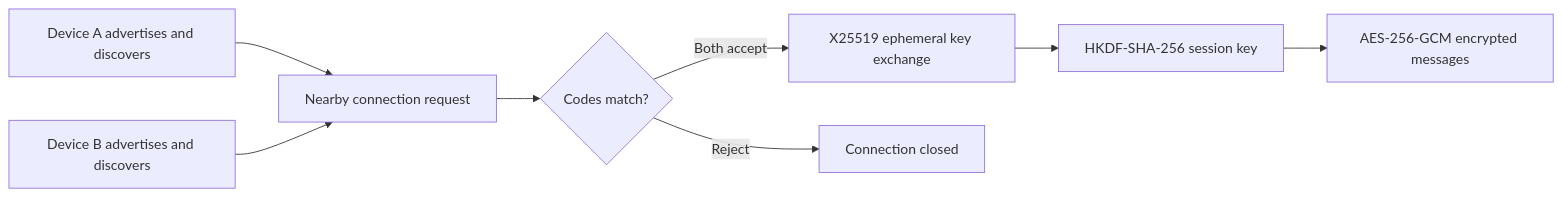
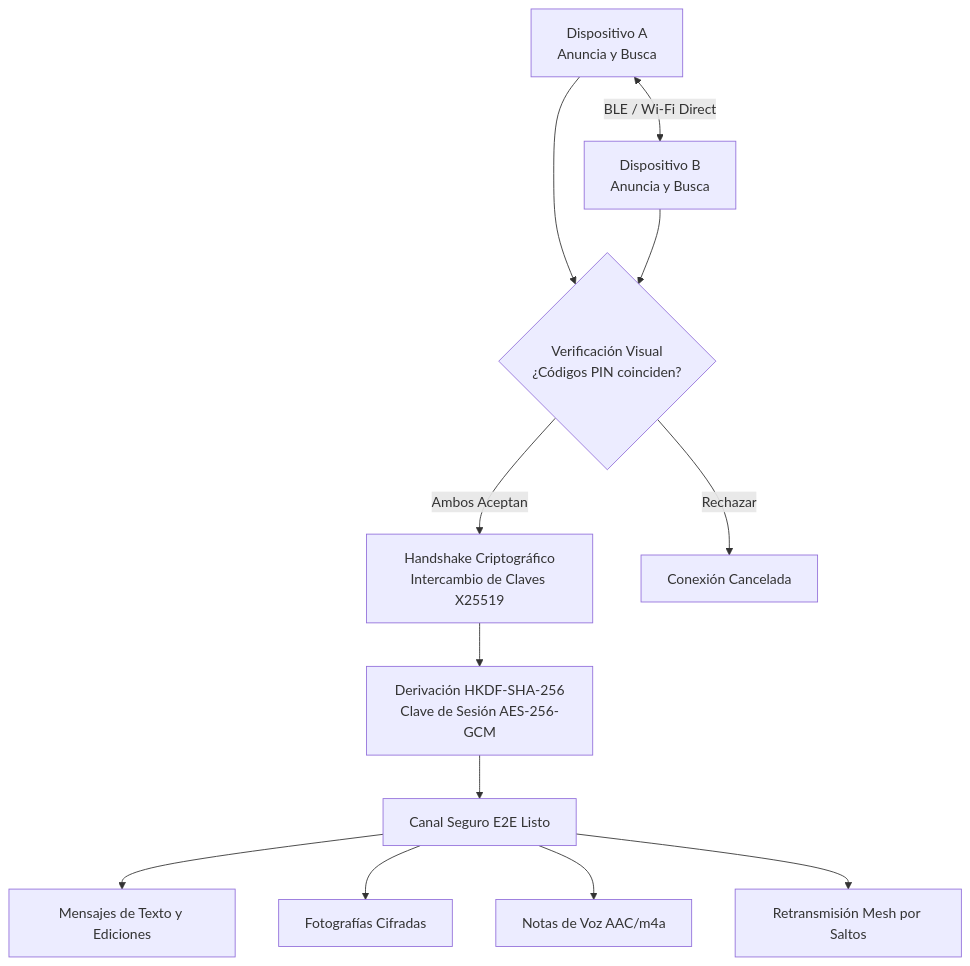
The diagram in README.md (v1dalhernan/message_blue), drawn with Mermaid before and after one commit. The commit also changed other lines of this file and 24 other files, not shown here.

First line of the commit message:
feat: implement multimedia messages, message editing, and mesh group chat

````diff
--- a/README.md
+++ b/README.md
@@ -22,10 +28,13 @@
 ```mermaid
-flowchart LR
-    A[Device A advertises and discovers] --> C[Nearby connection request]
-    B[Device B advertises and discovers] --> C
-    C --> D{Codes match?}
-    D -->|Both accept| E[X25519 ephemeral key exchange]
-    D -->|Reject| F[Connection closed]
-    E --> G[HKDF-SHA-256 session key]
-    G --> H[AES-256-GCM encrypted messages]
+flowchart TD
+    A[Dispositivo A\nAnuncia y Busca] <-->|BLE / Wi-Fi Direct| B[Dispositivo B\nAnuncia y Busca]
+    A & B --> C{Verificación Visual\n¿Códigos PIN coinciden?}
+    C -->|Ambos Aceptan| D[Handshake Criptográfico\nIntercambio de Claves X25519]
+    C -->|Rechazar| X[Conexión Cancelada]
+    D --> E[Derivación HKDF-SHA-256\nClave de Sesión AES-256-GCM]
+    E --> F[Canal Seguro E2E Listo]
+    F --> G1[Mensajes de Texto y Ediciones]
+    F --> G2[Fotografías Cifradas]
+    F --> G3[Notas de Voz AAC/m4a]
+    F --> G4[Retransmisión Mesh por Saltos]
 ```
````
